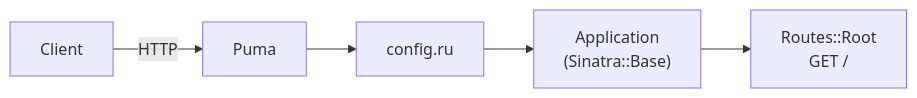
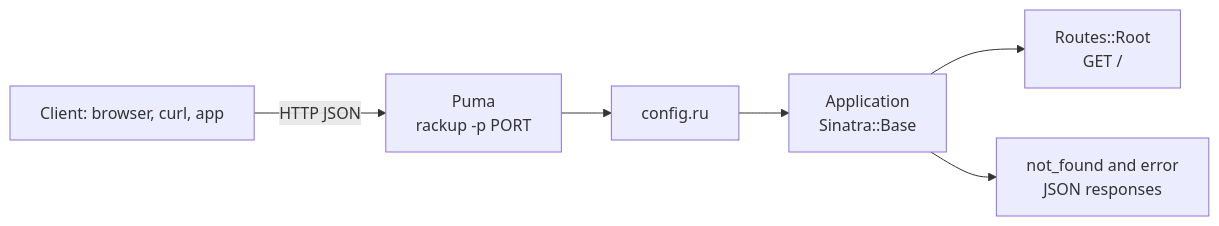
Before and after one commit to light-cloud-com/templates: the diagram in starters/starter-sinatra/README.md, drawn with Mermaid. The commit also changed other lines of this file and 2 other files, not shown here.

First line of the commit message:
README: Sinatra Ruby REST API starter landing page

````diff
--- a/starters/starter-sinatra/README.md
+++ b/starters/starter-sinatra/README.md
@@ -27,7 +98,8 @@
 ```mermaid
 flowchart LR
-    client["Client"] -->|HTTP| puma["Puma"]
+    client["Client: browser, curl, app"] -->|HTTP JSON| puma["Puma<br/>rackup -p PORT"]
     puma --> rack["config.ru"]
-    rack --> app["Application<br/>(Sinatra::Base)"]
+    rack --> app["Application<br/>Sinatra::Base"]
     app --> root["Routes::Root<br/>GET /"]
+    app --> errors["not_found and error<br/>JSON responses"]
 ```
````
